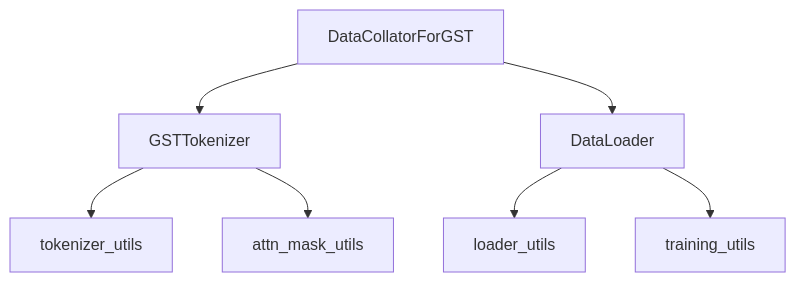
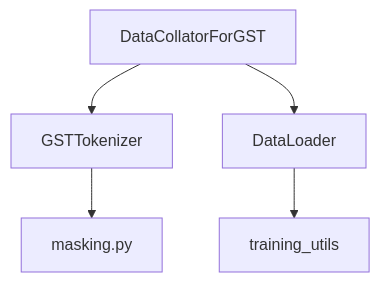
One commit to alibaba/graph-gpt changed the eighth of 8 diagrams in .qoder/repowiki/en/content/Data Pipeline/Collation & Batch Processing.md. Above: the diagram before and after it, drawn with Mermaid. The commit also changed other lines of this file and 6 other files, not shown here.

````diff
--- a/.qoder/repowiki/en/content/Data Pipeline/Collation & Batch Processing.md
+++ b/.qoder/repowiki/en/content/Data Pipeline/Collation & Batch Processing.md
@@ -356,9 +335,7 @@
 ```mermaid
 graph TB
 DC["DataCollatorForGST"] --> TK["GSTTokenizer"]
-TK --> TU["tokenizer_utils"]
-TK --> AMU["attn_mask_utils"]
+TK --> MSK["masking.py"]
 DC --> DL["DataLoader"]
-DL --> LU["loader_utils"]
-DL --> TR["training_utils"]
+DL --> TU["training_utils"]
 ```
````
